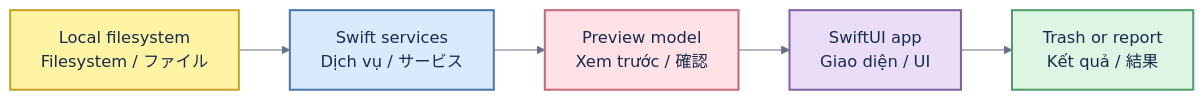
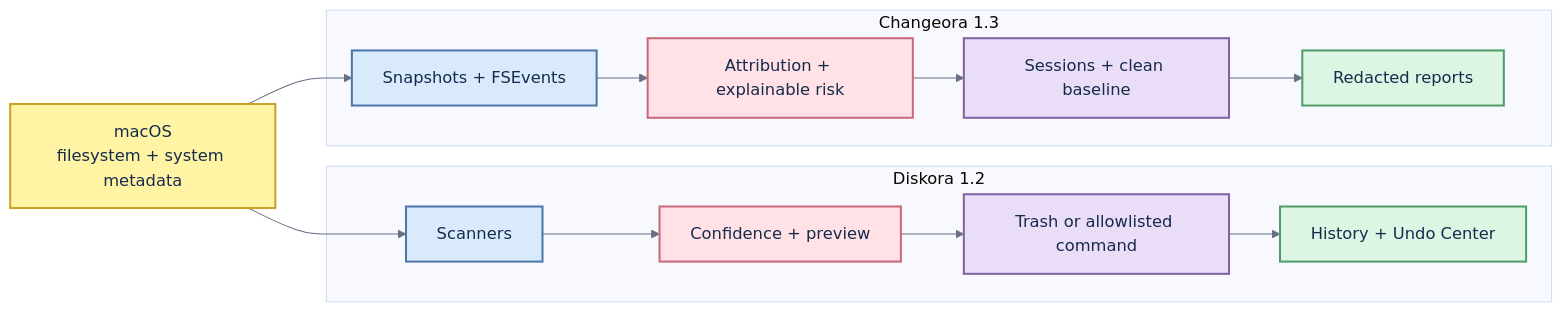
One commit to thangldw/toolbox changed the diagram in docs/ARCHITECTURE.md. Above: the diagram before and after it, drawn with Mermaid. The commit also changed other lines of this file and 47 other files, not shown here.

Commit message:
feat: release Diskora 1.2 and Changeora 1.3

````diff
--- a/docs/ARCHITECTURE.md
+++ b/docs/ARCHITECTURE.md
@@ -3,15 +5,22 @@
 ```mermaid
-%%{init: {"theme":"base","themeVariables":{"background":"#FFFFFF","fontFamily":"Arial, sans-serif","lineColor":"#667085","primaryTextColor":"#172B4D"}}}%%
+%%{init: {"theme":"base","flowchart":{"curve":"basis","nodeSpacing":35,"rankSpacing":50},"themeVariables":{"background":"#F7F7F5","fontFamily":"Inter, Arial, sans-serif","lineColor":"#667085","primaryTextColor":"#172B4D"}}}%%
 flowchart LR
-    F["Local filesystem<br/>Filesystem / ファイル"]:::yellow
-    S["Swift services<br/>Dịch vụ / サービス"]:::blue
-    P["Preview model<br/>Xem trước / 確認"]:::pink
-    U["SwiftUI app<br/>Giao diện / UI"]:::purple
-    T["Trash or report<br/>Kết quả / 結果"]:::green
-    F --> S --> P --> U --> T
+    M["macOS<br/>filesystem + system metadata"]:::yellow
+    subgraph D["Diskora 1.2"]
+        DS["Scanners"]:::blue --> DC["Confidence + preview"]:::pink
+        DC --> DA["Trash or allowlisted command"]:::purple
+        DA --> DU["History + Undo Center"]:::green
+    end
+    subgraph C["Changeora 1.3"]
+        CS["Snapshots + FSEvents"]:::blue --> CA["Attribution + explainable risk"]:::pink
+        CA --> CB["Sessions + clean baseline"]:::purple
+        CB --> CE["Redacted reports"]:::green
+    end
+    M --> DS
+    M --> CS
     classDef yellow fill:#FFF4A3,stroke:#C9A227,stroke-width:2px,color:#172B4D
     classDef blue fill:#D9EAFD,stroke:#4C78A8,stroke-width:2px,color:#172B4D
     classDef pink fill:#FFE1E6,stroke:#C96A7B,stroke-width:2px,color:#172B4D
     classDef purple fill:#E9DDF7,stroke:#8064A2,stroke-width:2px,color:#172B4D
     classDef green fill:#DDF5E3,stroke:#4F9D69,stroke-width:2px,color:#172B4D
 ```
````
